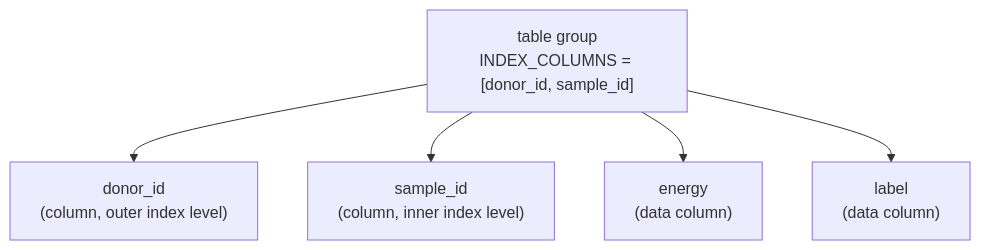
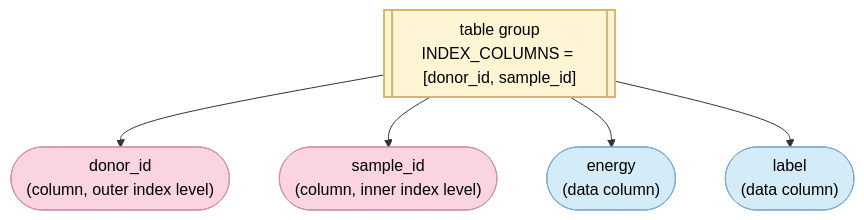
Before and after one commit to HDFAlliance/heps: the fifth of 8 diagrams in HEP001/index.md, drawn with Mermaid. The commit also changed other lines of this file, not shown here.

Commit message:
Improve Mermaid diagrams

````diff
--- a/HEP001/index.md
+++ b/HEP001/index.md
@@ -666,8 +707,16 @@
 ```{mermaid}
 graph TD
-  TG["table group<br/>INDEX_COLUMNS = [donor_id, sample_id]"]
-  TG --> c1["donor_id<br/>(column, outer index level)"]
-  TG --> c2["sample_id<br/>(column, inner index level)"]
-  TG --> c3["energy<br/>(data column)"]
-  TG --> c4["label<br/>(data column)"]
+  TG[["table group<br/>INDEX_COLUMNS = [donor_id, sample_id]"]]
+  TG --> c1(["donor_id<br/>(column, outer index level)"])
+  TG --> c2(["sample_id<br/>(column, inner index level)"])
+  TG --> c3(["energy<br/>(data column)"])
+  TG --> c4(["label<br/>(data column)"])
+
+  classDef tableGroup fill:#FFF4D4,stroke:#D4B86A,stroke-width:2px,color:#000
+  classDef dataCol    fill:#D4EBF8,stroke:#7FA9D0,stroke-width:1px,color:#000
+  classDef indexCol   fill:#FAD4E1,stroke:#D08FB0,stroke-width:1px,color:#000
+
+  class TG tableGroup
+  class c1,c2 indexCol
+  class c3,c4 dataCol
 ```
````
